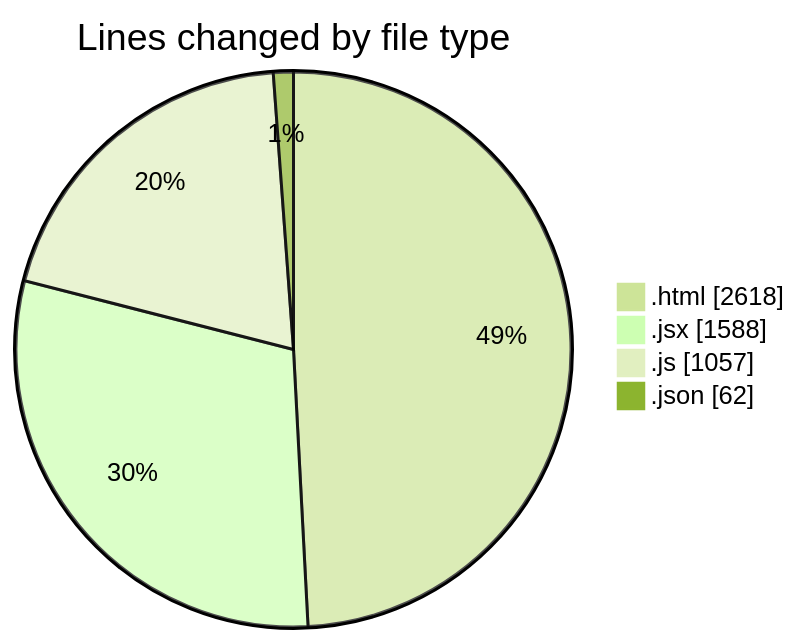
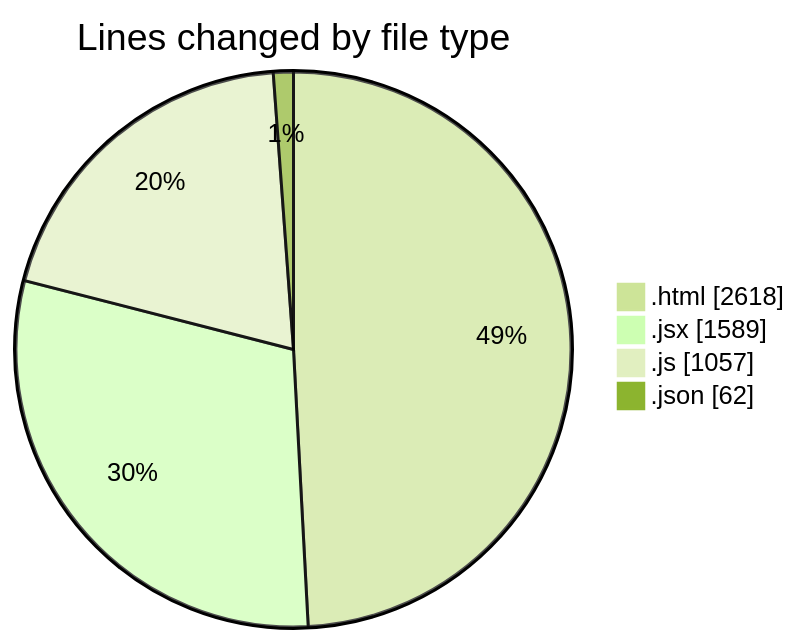
The first of 2 diagrams in 2025-08-08/nxtqube_webapp/README.md (nxtqubesakshisongat/code-tracking), drawn with Mermaid (forest theme) before and after one commit. The commit also changed other lines of this file and 1 other file, not shown here.

````diff
--- a/2025-08-08/nxtqube_webapp/README.md
+++ b/2025-08-08/nxtqube_webapp/README.md
@@ -24,8 +24,8 @@
 ```mermaid
 pie showData
 title Lines changed by file type
 ".html" : 2618
-".jsx" : 1588
+".jsx" : 1589
 ".js" : 1057
 ".json" : 62
 ```
````
